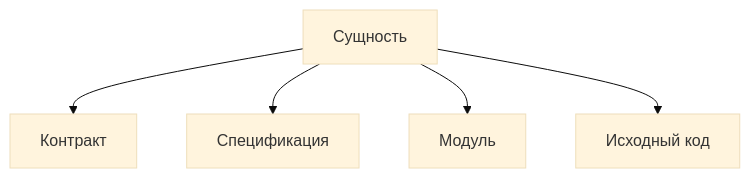
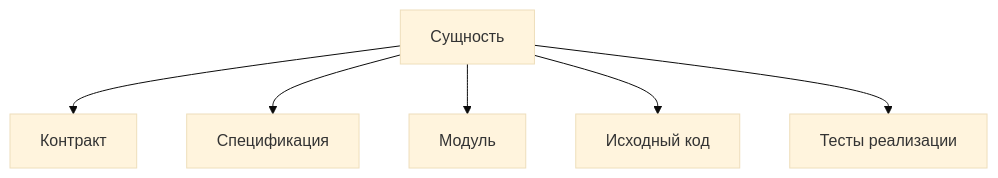
One commit to zavx0z/storybook changed the diagram in archetypes/entity/README.md. Above: the diagram before and after it, drawn with Mermaid (base theme). The commit also changed other lines of this file and 24 other files, not shown here.

````diff
--- a/archetypes/entity/README.md
+++ b/archetypes/entity/README.md
@@ -3,7 +6,8 @@
 ```mermaid
 flowchart TB
   entity["Сущность"] --> contract["Контракт"]
   entity --> spec["Спецификация"]
   entity --> module["Модуль"]
   entity --> source["Исходный код"]
+  entity --> test["Тесты реализации"]
 ```
````
